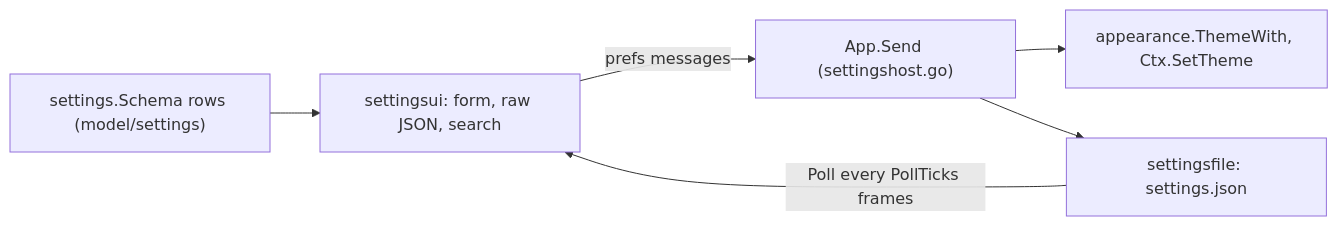
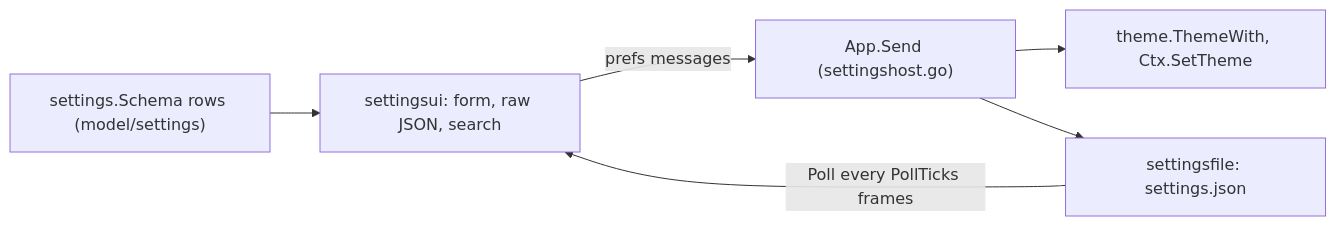
One commit to gascoigne-ai/gascoigne-workshop changed the diagram in .harness/architecture/settings.md. Above: the diagram before and after it, drawn with Mermaid. The commit also changed other lines of this file and 30 other files, not shown here.

````diff
--- a/.harness/architecture/settings.md
+++ b/.harness/architecture/settings.md
@@ -3,8 +3,8 @@
 ```mermaid
 flowchart LR
   schema["settings.Schema rows (model/settings)"] --> form["settingsui: form, raw JSON, search"]
   form -- "prefs messages" --> app["App.Send (settingshost.go)"]
-  app --> theme["appearance.ThemeWith, Ctx.SetTheme"]
+  app --> theme["theme.ThemeWith, Ctx.SetTheme"]
   app --> file["settingsfile: settings.json"]
   file -- "Poll every PollTicks frames" --> form
 ```
````
